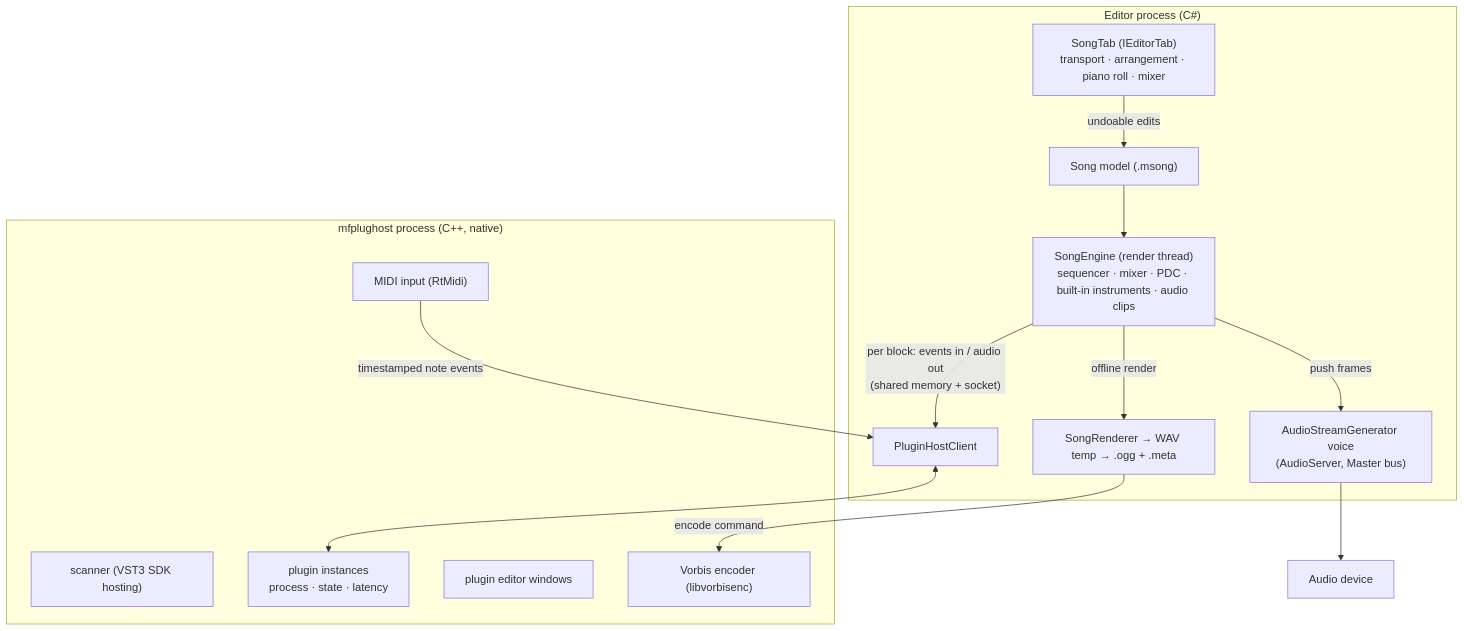
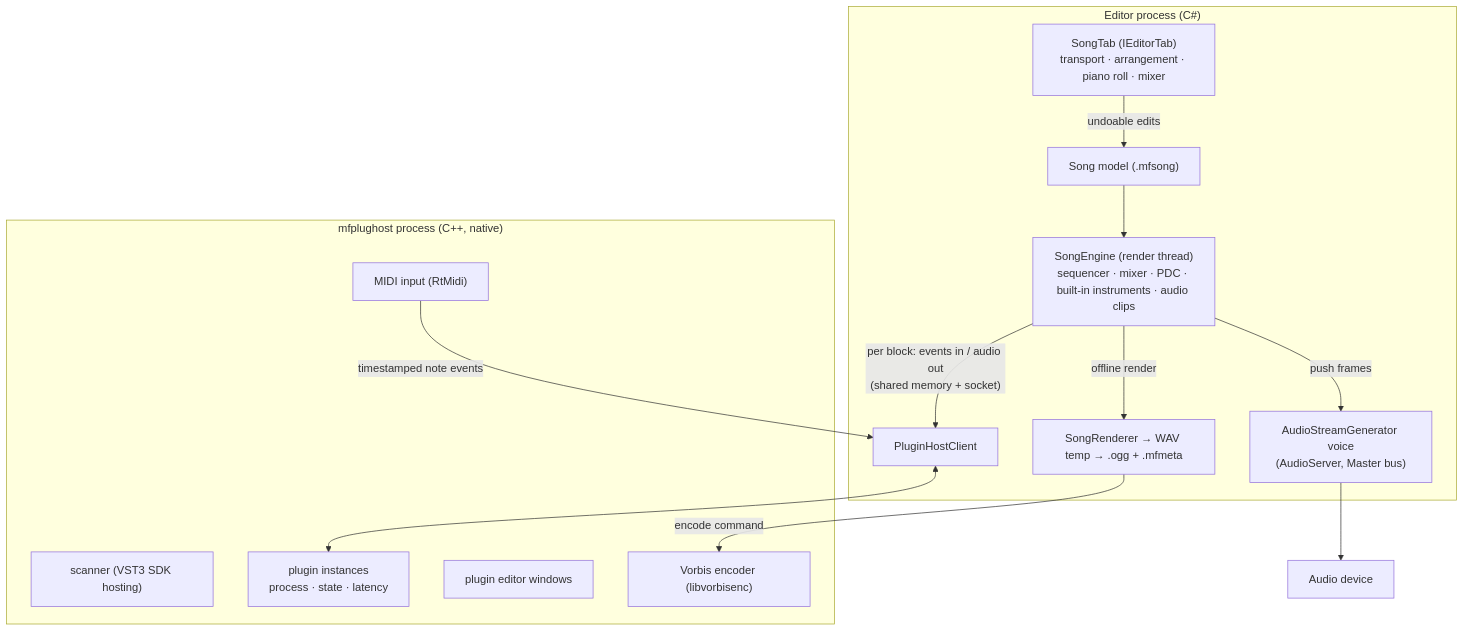
Before and after one commit to Mainframe-Games/mainframe-engine: the diagram in docs/design/future/music-editor.md, drawn with Mermaid. The commit also changed other lines of this file and 886 other files, not shown here.

````diff
--- a/docs/design/future/music-editor.md
+++ b/docs/design/future/music-editor.md
@@ -57,22 +57,22 @@
 ```mermaid
 flowchart TB
     subgraph Editor["Editor process (C#)"]
-        Tab["SongTab (IEditorTab)<br/>transport · arrangement · piano roll · mixer"] -- "undoable edits" --> Model["Song model (.msong)"]
+        Tab["SongTab (IEditorTab)<br/>transport · arrangement · piano roll · mixer"] -- "undoable edits" --> Model["Song model (.mfsong)"]
         Model --> Engine["SongEngine (render thread)<br/>sequencer · mixer · PDC · built-in instruments · audio clips"]
         Engine -- "push frames" --> Gen["AudioStreamGenerator voice<br/>(AudioServer, Master bus)"]
-        Engine -- "offline render" --> Render["SongRenderer → WAV temp → .ogg + .meta"]
+        Engine -- "offline render" --> Render["SongRenderer → WAV temp → .ogg + .mfmeta"]
         Host["PluginHostClient"]
     end
     subgraph Helper["mfplughost process (C++, native)"]
         Scan["scanner (VST3 SDK hosting)"]
         Plug["plugin instances<br/>process · state · latency"]
         Win["plugin editor windows"]
         Midi["MIDI input (RtMidi)"]
         Enc["Vorbis encoder (libvorbisenc)"]
     end
     Engine -- "per block: events in / audio out<br/>(shared memory + socket)" --> Host
     Host <--> Plug
     Midi -- "timestamped note events" --> Host
     Render -- "encode command" --> Enc
     Gen --> Out["Audio device"]
 ```
````
